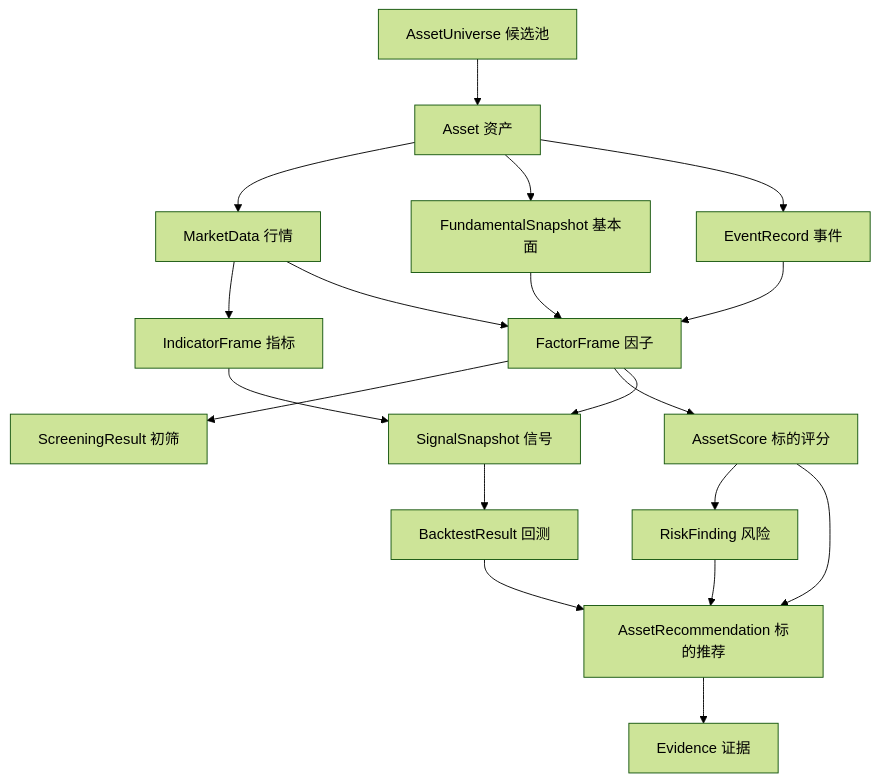
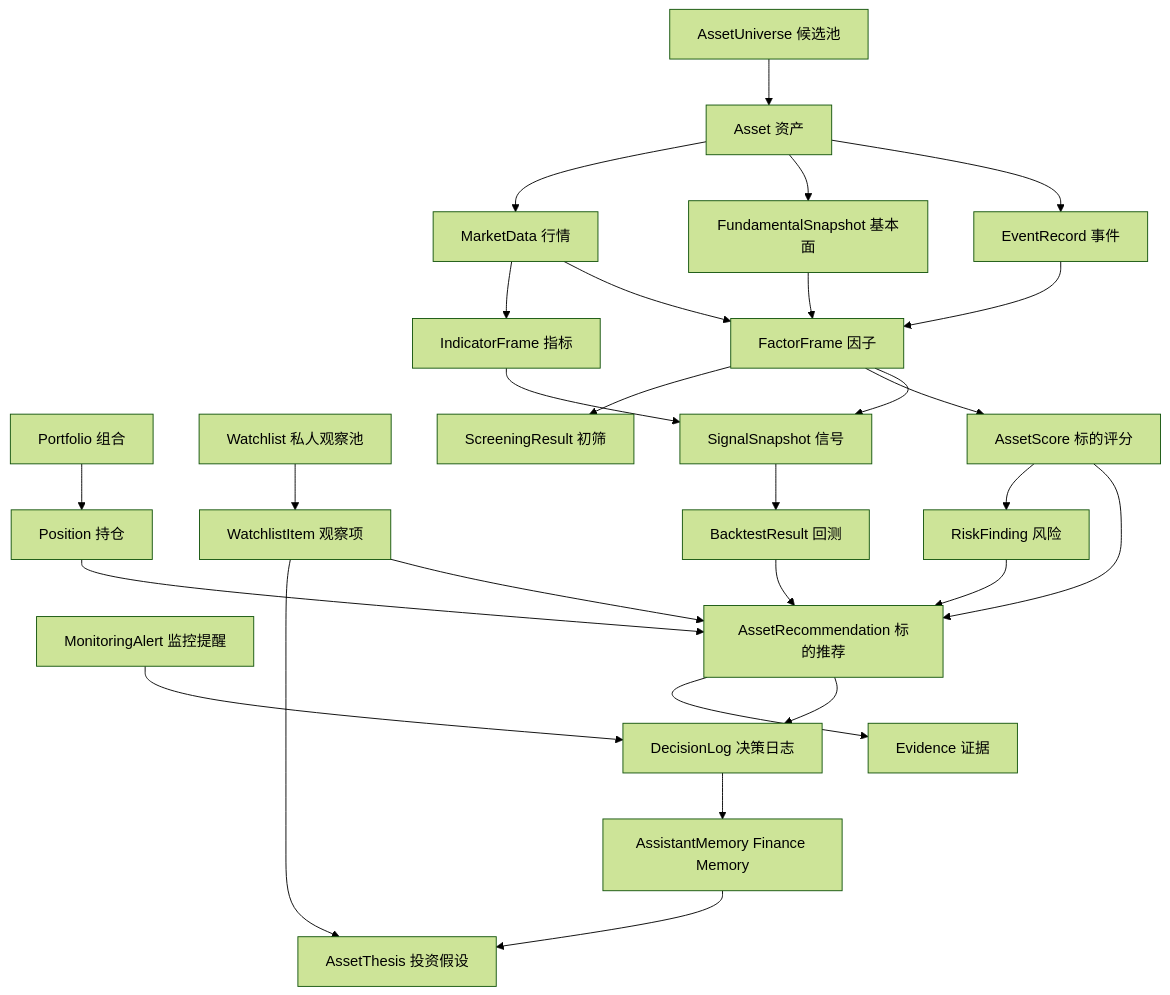
One commit to 312308542/finance-agent changed the diagram in docs/领域协议.md. Above: the diagram before and after it, drawn with Mermaid (forest theme). The commit also changed other lines of this file and 13 other files, not shown here.

````diff
--- a/docs/领域协议.md
+++ b/docs/领域协议.md
@@ -21,21 +25,30 @@
 ```mermaid
 flowchart TD
+    P["Portfolio 组合"] --> POS["Position 持仓"]
+    WL["Watchlist 私人观察池"] --> WT["WatchlistItem 观察项"]
+    WT --> TH["AssetThesis 投资假设"]
+    MEM["AssistantMemory Finance Memory"] --> TH
+    ALERT["MonitoringAlert 监控提醒"] --> DL["DecisionLog 决策日志"]
     U["AssetUniverse 候选池"] --> A["Asset 资产"]
     A --> B["MarketData 行情"]
     A --> C["FundamentalSnapshot 基本面"]
     A --> D["EventRecord 事件"]
     B --> E["IndicatorFrame 指标"]
     B --> F["FactorFrame 因子"]
     C --> F
     D --> F
     F --> S["ScreeningResult 初筛"]
     F --> X["AssetScore 标的评分"]
     E --> G["SignalSnapshot 信号"]
     F --> G
     X --> H["RiskFinding 风险"]
     G --> I["BacktestResult 回测"]
     H --> J["AssetRecommendation 标的推荐"]
     I --> J
     X --> J
+    POS --> J
+    WT --> J
     J --> L["Evidence 证据"]
+    J --> DL
+    DL --> MEM
 ```
````
